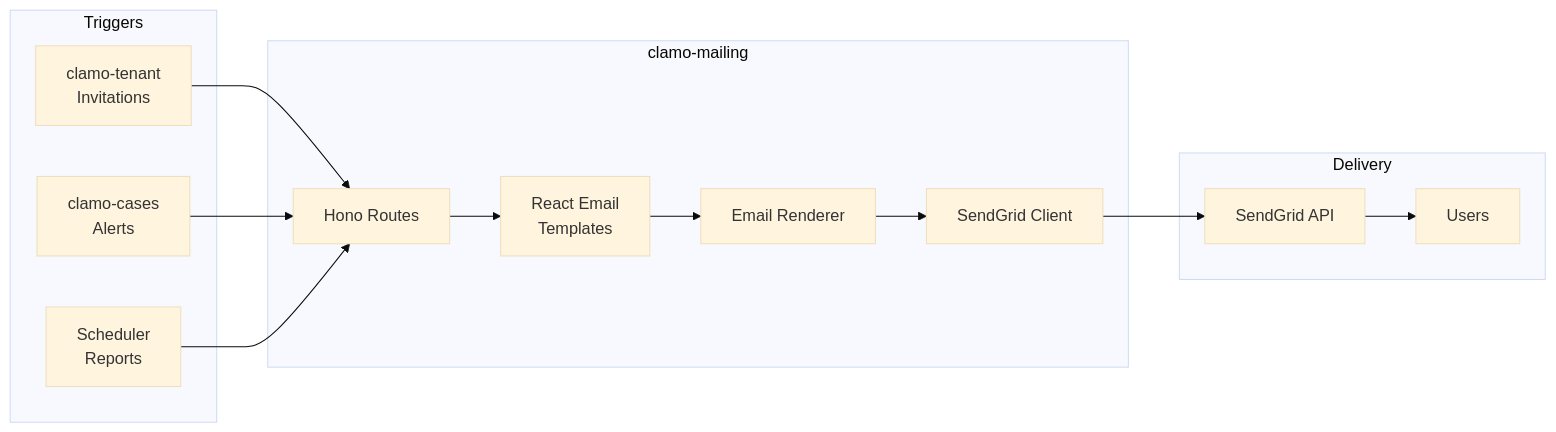
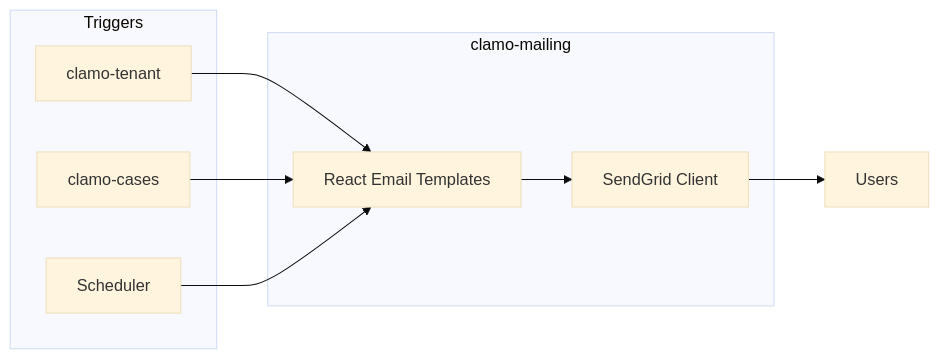
Before and after one commit to GetClamo/docs: the diagram in en/services/clamo-mailing.mdx, drawn with Mermaid (base theme). The commit also changed other lines of this file and 93 other files, not shown here.

````diff
--- a/en/services/clamo-mailing.mdx
+++ b/en/services/clamo-mailing.mdx
@@ -23,29 +21,19 @@
 ```mermaid
 flowchart LR
     subgraph Triggers [Triggers]
-        Tenant[clamo-tenant<br/>Invitations]
-        Cases[clamo-cases<br/>Alerts]
-        Scheduler[Scheduler<br/>Reports]
+        Tenant[clamo-tenant]
+        Cases[clamo-cases]
+        Scheduler[Scheduler]
     end
-    
+
     subgraph Mailing [clamo-mailing]
-        Routes[Hono Routes]
-        Templates[React Email<br/>Templates]
-        Renderer[Email Renderer]
+        Templates[React Email Templates]
         Sender[SendGrid Client]
     end
-    
-    subgraph Delivery [Delivery]
-        SendGrid[SendGrid API]
-        Users[Users]
-    end
-    
-    Tenant --> Routes
-    Cases --> Routes
-    Scheduler --> Routes
-    Routes --> Templates
-    Templates --> Renderer
-    Renderer --> Sender
-    Sender --> SendGrid
-    SendGrid --> Users
+
+    Tenant --> Templates
+    Cases --> Templates
+    Scheduler --> Templates
+    Templates --> Sender
+    Sender --> Users[Users]
 ```
````
